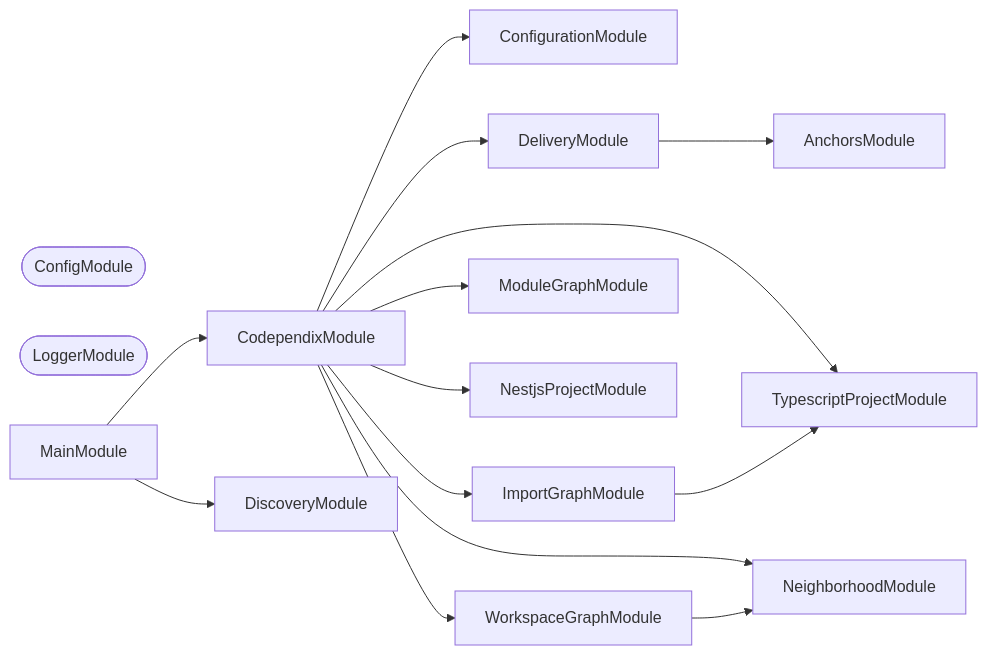
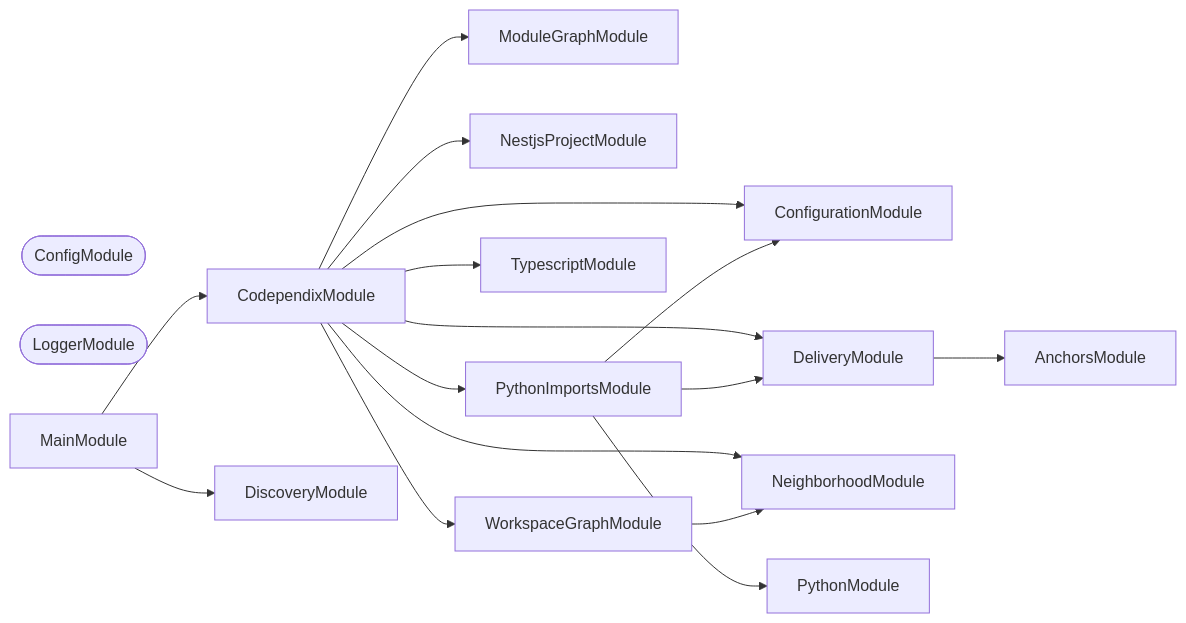
Before and after one commit to JimmyPaolini/codebase: the second of 3 diagrams in packages/codependix-cli/README.md, drawn with Mermaid. The commit also changed other lines of this file and 54 other files, not shown here.

First line of the commit message:
feat(codependix): ✨ add python import graph support to codependix-imports (#357)

````diff
--- a/packages/codependix-cli/README.md
+++ b/packages/codependix-cli/README.md
@@ -102,30 +103,33 @@
 ```mermaid
 flowchart LR
   AnchorsModule
   CodependixModule
   ConfigModule([ConfigModule])
   ConfigurationModule
   DeliveryModule
   DiscoveryModule
-  ImportGraphModule
   LoggerModule([LoggerModule])
   MainModule
   ModuleGraphModule
   NeighborhoodModule
   NestjsProjectModule
-  TypescriptProjectModule
+  PythonImportsModule
+  PythonModule
+  TypescriptModule
   WorkspaceGraphModule
   CodependixModule --> ConfigurationModule
   CodependixModule --> DeliveryModule
-  CodependixModule --> ImportGraphModule
   CodependixModule --> ModuleGraphModule
   CodependixModule --> NeighborhoodModule
   CodependixModule --> NestjsProjectModule
-  CodependixModule --> TypescriptProjectModule
+  CodependixModule --> PythonImportsModule
+  CodependixModule --> TypescriptModule
   CodependixModule --> WorkspaceGraphModule
   DeliveryModule --> AnchorsModule
-  ImportGraphModule --> TypescriptProjectModule
   MainModule --> CodependixModule
   MainModule --> DiscoveryModule
+  PythonImportsModule --> ConfigurationModule
+  PythonImportsModule --> DeliveryModule
+  PythonImportsModule --> PythonModule
   WorkspaceGraphModule --> NeighborhoodModule
 ```
````
